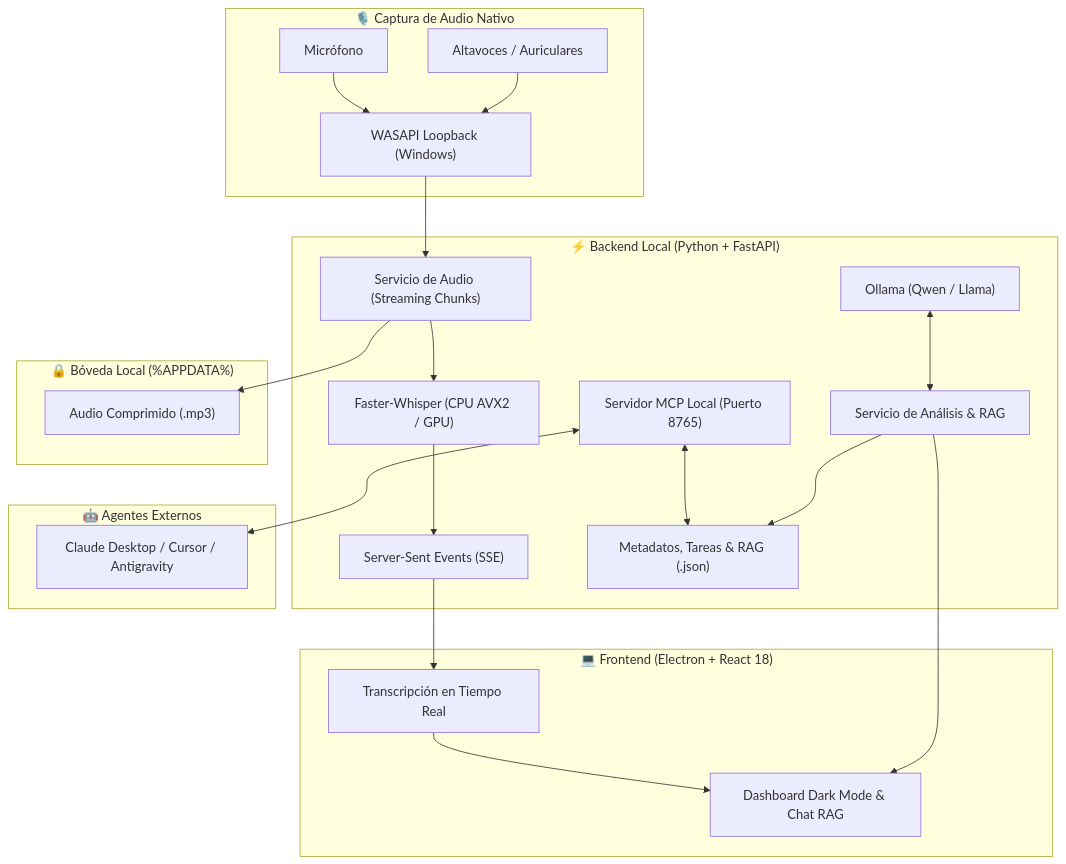
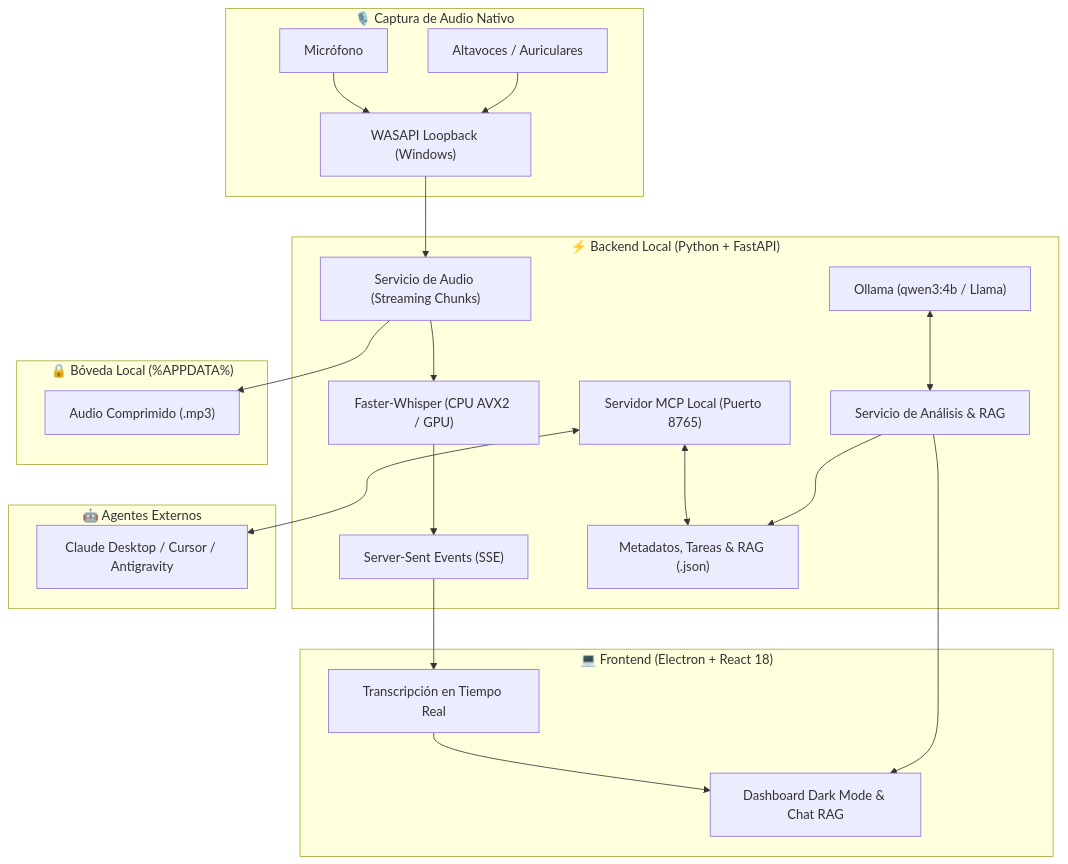
Before and after one commit to edixon-javier/local-meeting-analyzer: the diagram in README.md, drawn with Mermaid. The commit also changed other lines of this file and 1 other file, not shown here.

````diff
--- a/README.md
+++ b/README.md
@@ -63,33 +63,33 @@
 ```mermaid
 flowchart TD
   subgraph Audio["🎙️ Captura de Audio Nativo"]
     Mic["Micrófono"]
     Speakers["Altavoces / Auriculares"]
     WASAPI["WASAPI Loopback (Windows)"]
     Mic --> WASAPI
     Speakers --> WASAPI
   end
 
   subgraph Engine["⚡ Backend Local (Python + FastAPI)"]
     WASAPI --> AudioService["Servicio de Audio (Streaming Chunks)"]
     AudioService --> Whisper["Faster-Whisper (CPU AVX2 / GPU)"]
     Whisper --> SSE["Server-Sent Events (SSE)"]
-    Ollama["Ollama (Qwen / Llama)"] <--> Analysis["Servicio de Análisis & RAG"]
+    Ollama["Ollama (qwen3:4b / Llama)"] <--> Analysis["Servicio de Análisis & RAG"]
     MCP["Servidor MCP Local (Puerto 8765)"] <--> Vault
   end
 
   subgraph UI["💻 Frontend (Electron + React 18)"]
     SSE --> LiveUI["Transcripción en Tiempo Real"]
     LiveUI --> App["Dashboard Dark Mode & Chat RAG"]
     Analysis --> App
   end
 
   subgraph Storage["🔒 Bóveda Local (%APPDATA%)"]
     AudioService --> MP3["Audio Comprimido (.mp3)"]
     Analysis --> Vault["Metadatos, Tareas & RAG (.json)"]
   end
 
   subgraph Agents["🤖 Agentes Externos"]
     MCP <--> ClaudeCursor["Claude Desktop / Cursor / Antigravity"]
   end
 ```
````
